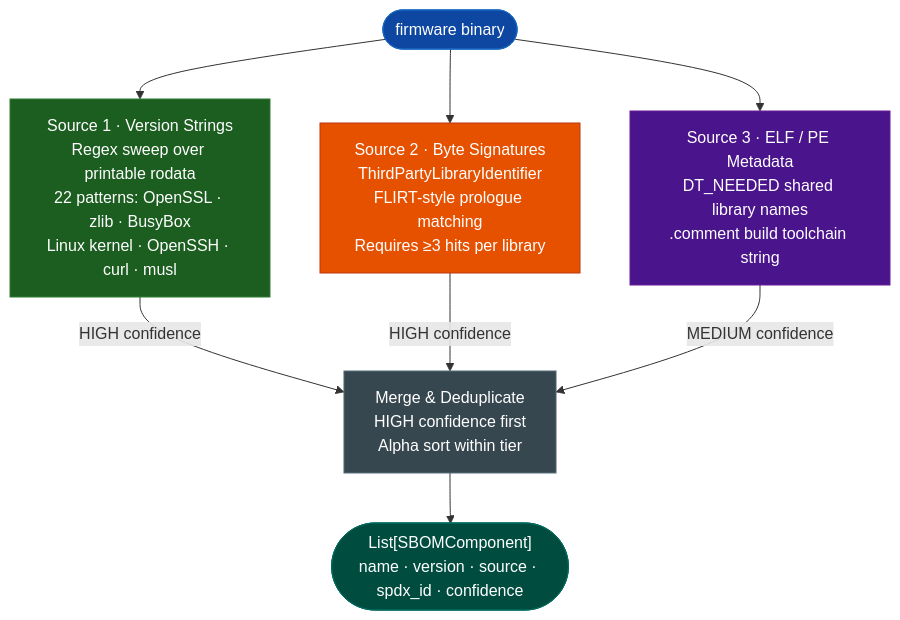
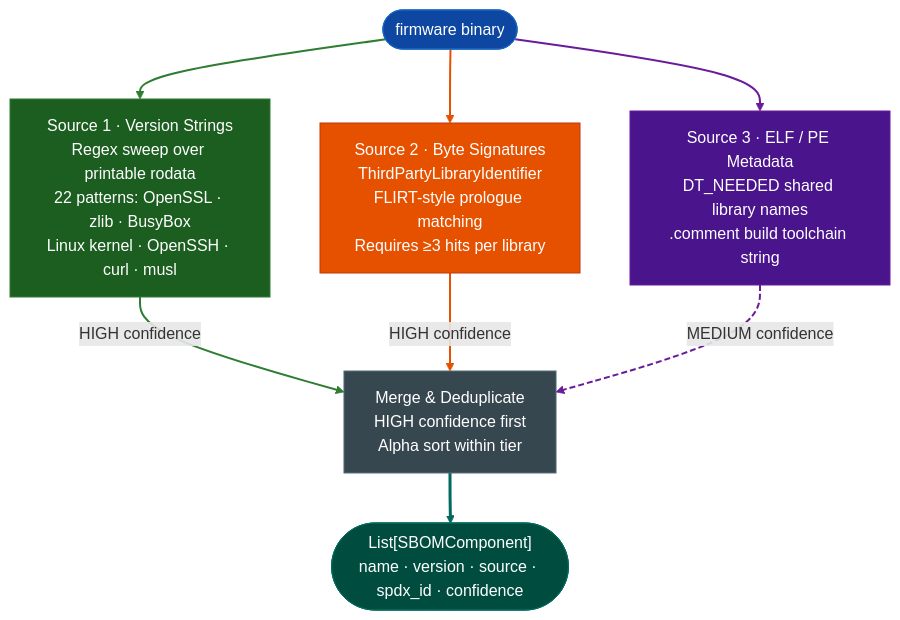
Before and after one commit to Ablation-Tool/ablation: the diagram in docs/reference-modules/dependency-and-supply-chain-tooling.md, drawn with Mermaid.

Commit message:
docs: color and style flowchart arrows to match source nodes
Each arrow inherits its source node color. The MEDIUM confidence edge
is dashed. The final output arrow is thicker to mark the terminal step.

````diff
--- a/docs/reference-modules/dependency-and-supply-chain-tooling.md
+++ b/docs/reference-modules/dependency-and-supply-chain-tooling.md
@@ -37,29 +37,37 @@
 ```mermaid
 flowchart TD
     IN(["firmware binary"]):::input
 
     S1["Source 1 · Version Strings\nRegex sweep over printable rodata\n22 patterns: OpenSSL · zlib · BusyBox\nLinux kernel · OpenSSH · curl · musl"]:::ver
 
     S2["Source 2 · Byte Signatures\nThirdPartyLibraryIdentifier\nFLIRT-style prologue matching\nRequires ≥3 hits per library"]:::sig
 
     S3["Source 3 · ELF / PE Metadata\nDT_NEEDED shared library names\n.comment build toolchain string"]:::meta
 
     MERGE["Merge & Deduplicate\nHIGH confidence first\nAlpha sort within tier"]:::merge
 
     OUT(["List[SBOMComponent]\nname · version · source · spdx_id · confidence"]):::output
 
     IN  --> S1
     IN  --> S2
     IN  --> S3
     S1  -->|"HIGH confidence"| MERGE
     S2  -->|"HIGH confidence"| MERGE
     S3  -->|"MEDIUM confidence"| MERGE
     MERGE --> OUT
 
     classDef input  fill:#0d47a1,stroke:#1565c0,color:#fff
     classDef ver    fill:#1b5e20,stroke:#2e7d32,color:#fff
     classDef sig    fill:#e65100,stroke:#bf360c,color:#fff
     classDef meta   fill:#4a148c,stroke:#6a1b9a,color:#fff
     classDef merge  fill:#37474f,stroke:#546e7a,color:#fff
     classDef output fill:#004d40,stroke:#00695c,color:#fff
+
+    linkStyle 0 stroke:#2e7d32,stroke-width:2px
+    linkStyle 1 stroke:#e65100,stroke-width:2px
+    linkStyle 2 stroke:#6a1b9a,stroke-width:2px
+    linkStyle 3 stroke:#2e7d32,stroke-width:2px
+    linkStyle 4 stroke:#e65100,stroke-width:2px
+    linkStyle 5 stroke:#6a1b9a,stroke-width:2px,stroke-dasharray:6 3
+    linkStyle 6 stroke:#00695c,stroke-width:3px
 ```
````
